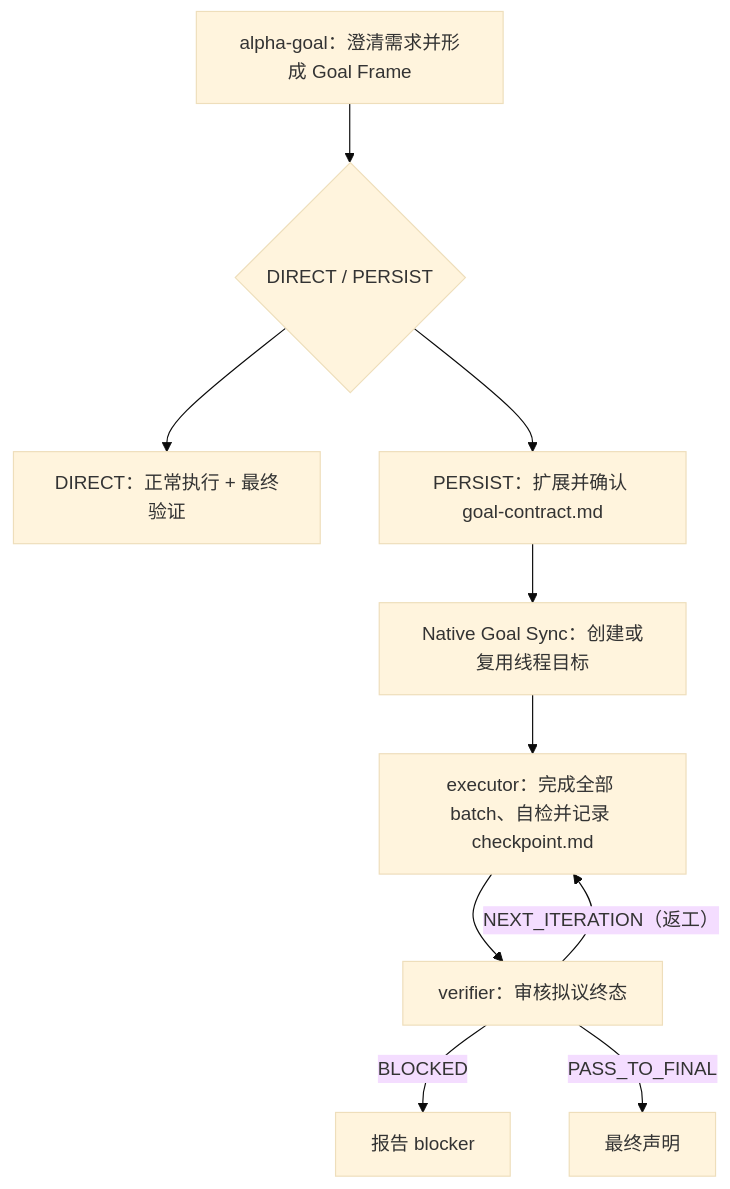
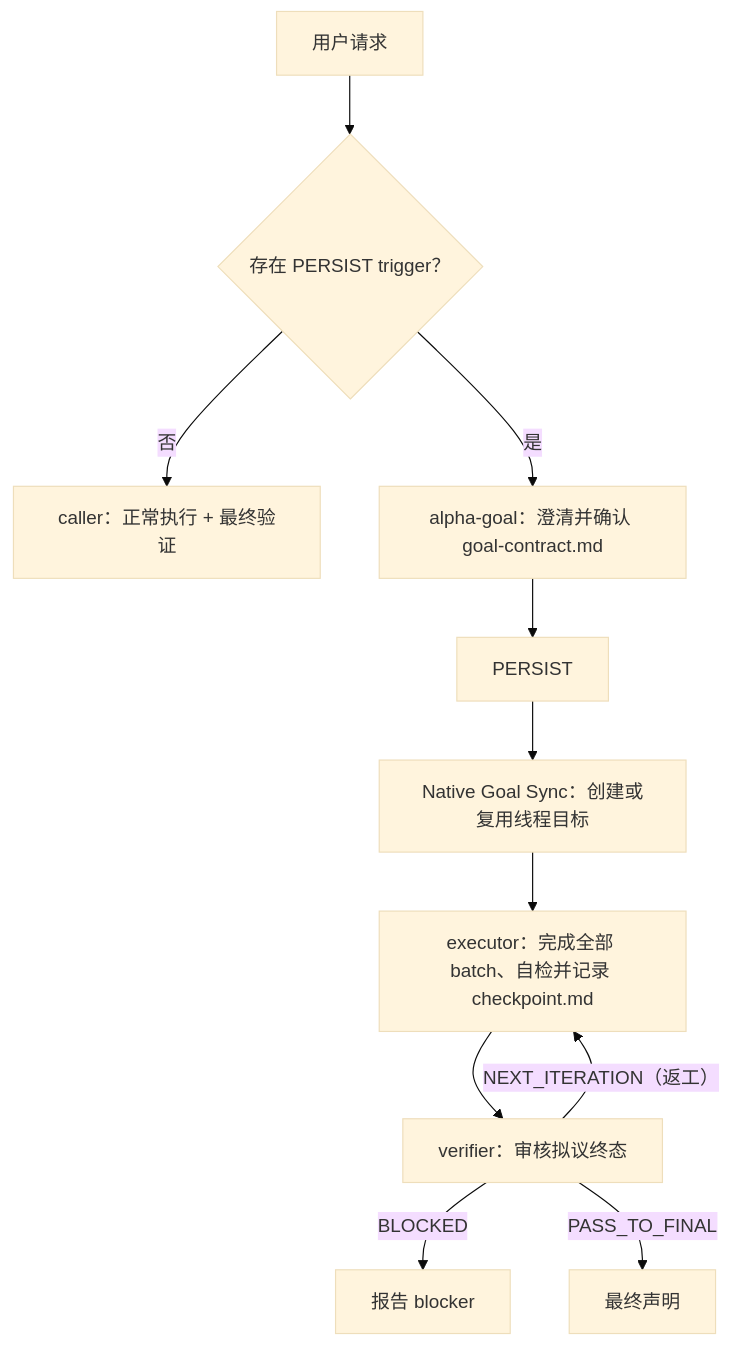
Before and after one commit to azhonglee/alpha-goal: the diagram in README.md, drawn with Mermaid (base theme). The commit also changed other lines of this file and 10 other files, not shown here.

Commit message:
Narrow alpha-goal to persistent work

````diff
--- a/README.md
+++ b/README.md
@@ -42,12 +42,13 @@
 ```mermaid
 flowchart TD
-  A["alpha-goal：澄清需求并形成 Goal Frame"] --> R{"DIRECT / PERSIST"}
-  R --> D["DIRECT：正常执行 + 最终验证"]
-  R --> P["PERSIST：扩展并确认 goal-contract.md"]
+  Q["用户请求"] --> R{"存在 PERSIST trigger？"}
+  R -->|"否"| D["caller：正常执行 + 最终验证"]
+  R -->|"是"| A["alpha-goal：澄清并确认 goal-contract.md"]
+  A --> P["PERSIST"]
   P --> S["Native Goal Sync：创建或复用线程目标"]
   S --> E["executor：完成全部 batch、自检并记录 checkpoint.md"]
   E --> V["verifier：审核拟议终态"]
   V -->|"NEXT_ITERATION（返工）"| E
   V -->|"BLOCKED"| B["报告 blocker"]
   V -->|"PASS_TO_FINAL"| F["最终声明"]
 ```
````
